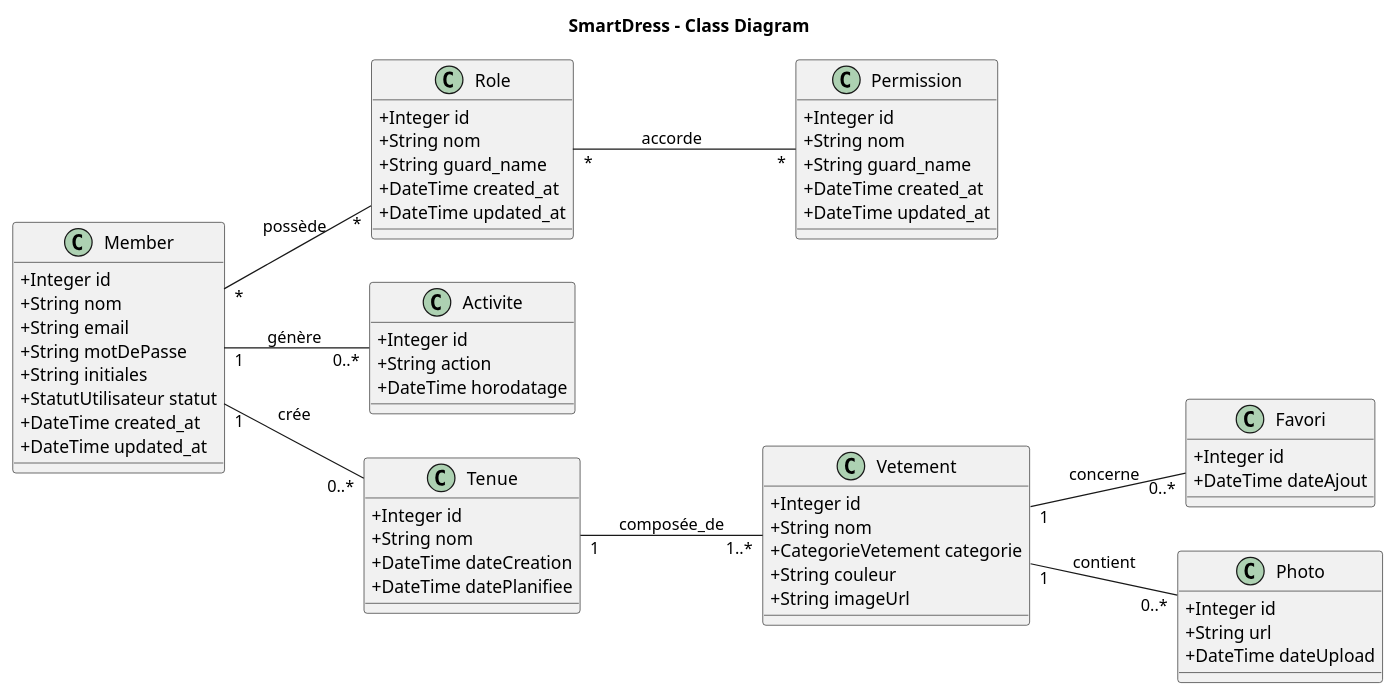
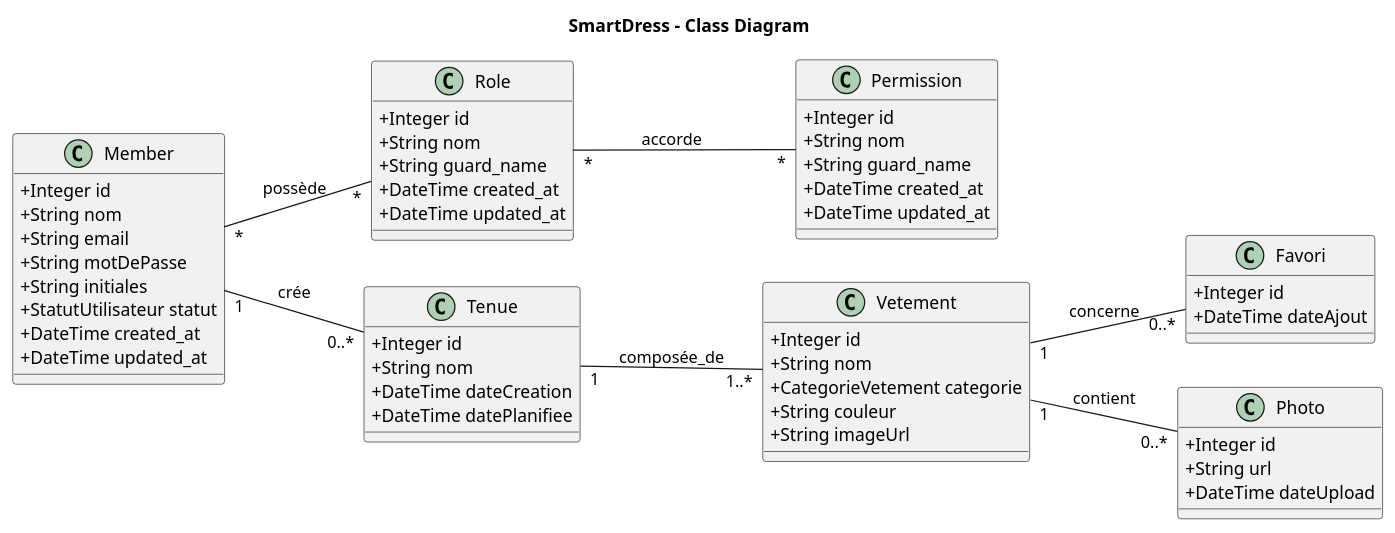
The diagram in Conception/diagramme-classes.puml (yasmineh-d/SmartDress), drawn with PlantUML before and after one commit. The commit also changed 1 other file, not shown here.

```diff
--- a/Conception/diagramme-classes.puml
+++ b/Conception/diagramme-classes.puml
@@ -1,79 +1,72 @@
 @startuml
 title SmartDress - Class Diagram
 
 left to right direction
 skinparam classAttributeIconSize 0
 
 class Member {
     +Integer id
     +String nom
     +String email
     +String motDePasse
     +String initiales
     +StatutUtilisateur statut
     +DateTime created_at
     +DateTime updated_at
 }
 
 class Role {
     +Integer id
     +String nom
     +String guard_name
     +DateTime created_at
     +DateTime updated_at
 }
 
 class Permission {
     +Integer id
     +String nom
     +String guard_name
     +DateTime created_at
     +DateTime updated_at
 }
 
-class Activite {
-    +Integer id
-    +String action
-    +DateTime horodatage
-}
-
 class Favori {
     +Integer id
     +DateTime dateAjout
 }
 
 class Tenue {
     +Integer id
     +String nom
     +DateTime dateCreation
     +DateTime datePlanifiee
 }
 
 class Vetement {
     +Integer id
     +String nom
     +CategorieVetement categorie
     +String couleur
     +String imageUrl
 }
 
 class Photo {
     +Integer id
     +String url
     +DateTime dateUpload
 }
 
 Member "*" -- "*" Role : possède
-Member "1" -- "0..*" Activite : génère
 
 Member "1" -- "0..*" Tenue : crée
 
 
 Vetement "1" -- "0..*" Favori : concerne
 
 Role "*" -- "*" Permission : accorde
 
 Tenue "1" -- "1..*" Vetement : composée_de
 Vetement "1" -- "0..*" Photo : contient
 
 @enduml
```
